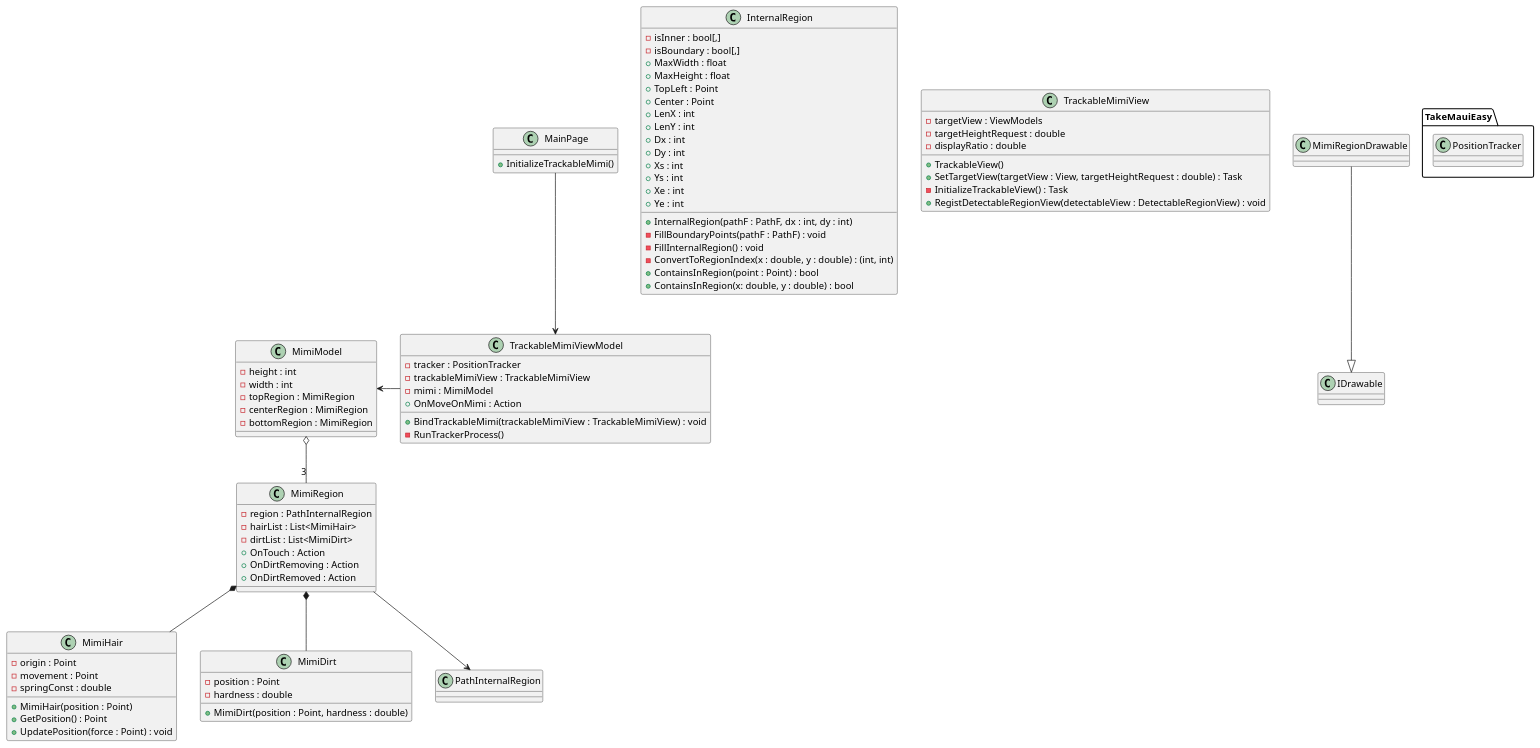
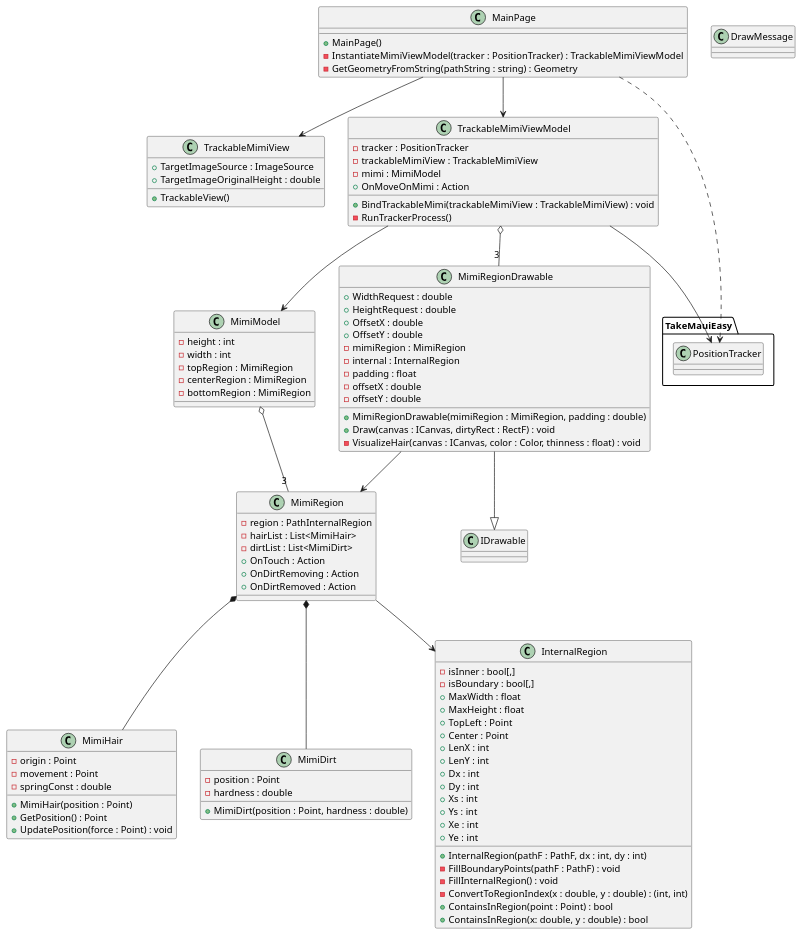
The diagram in uml/MimikakiApp.puml (tatsuya19871219/MauiMimikakiApp), drawn with PlantUML before and after one commit. The commit also changed 5 other files, not shown here.

Commit message:
Change accesibility of the internal region instance of MimiRegion class

```diff
--- a/uml/MimikakiApp.puml
+++ b/uml/MimikakiApp.puml
@@ -1,137 +1,157 @@
 @startuml MimikakiClassDiagram
 ' Models
 class MimiModel
 {
     - height : int
     - width : int
     - topRegion : MimiRegion
     - centerRegion : MimiRegion
     - bottomRegion : MimiRegion
 }
 
 class MimiRegion
 {
     - region : PathInternalRegion
     - hairList : List<MimiHair>
     - dirtList : List<MimiDirt>
     + OnTouch : Action
     + OnDirtRemoving : Action
     + OnDirtRemoved : Action
 }
 
 class MimiHair
 {
     - origin : Point
     - movement : Point
     - springConst : double
     + MimiHair(position : Point)
     + GetPosition() : Point
     + UpdatePosition(force : Point) : void
 }
 
 class MimiDirt
 {
     - position : Point
     - hardness : double
     + MimiDirt(position : Point, hardness : double)
 }
 
 class InternalRegion
 {
     '- dict : Dictionary<string, bool[,]>
     '+ this[string] : bool[,]
     - isInner : bool[,]
     - isBoundary : bool[,]
     + MaxWidth : float
     + MaxHeight : float
     + TopLeft : Point
     + Center : Point
     + LenX : int
     + LenY : int
     + Dx : int
     + Dy : int
     + Xs : int
     + Ys : int
     + Xe : int
     + Ye : int
     + InternalRegion(pathF : PathF, dx : int, dy : int)
     - FillBoundaryPoints(pathF : PathF) : void
     - FillInternalRegion() : void
     - ConvertToRegionIndex(x : double, y : double) : (int, int)
     + ContainsInRegion(point : Point) : bool
     + ContainsInRegion(x: double, y : double) : bool
 }
 
 ' Views
 class TrackableMimiView
 {
-    - targetView : ViewModels
-    - targetHeightRequest : double
-    - displayRatio : double
+    ' - targetView : ViewModels
+    + TargetImageSource : ImageSource
+    + TargetImageOriginalHeight : double
+    ' - displayRatio : double
     + TrackableView()
-    + SetTargetView(targetView : View, targetHeightRequest : double) : Task
-    - InitializeTrackableView() : Task
-    + RegistDetectableRegionView(detectableView : DetectableRegionView) : void
+    ' + SetTargetView(targetView : View, targetHeightRequest : double) : Task
+    ' - InitializeTrackableView() : Task
+    ' + RegistDetectableRegionView(detectableView : DetectableRegionView) : void
 }
 
 ' class MimiRegionView
 ' {
 '     - regionDots : Shape[,]
 '     + DetectableRegionView(...)
 '     + ShowFlaggedRegion(region : PathInternalRegion, flags : bool[,], color : Color) : void
 ' }
 
 ' ViewModels
 class TrackableMimiViewModel
 {
     - tracker : PositionTracker
     - trackableMimiView : TrackableMimiView
     - mimi : MimiModel
     + OnMoveOnMimi : Action
     + BindTrackableMimi(trackableMimiView : TrackableMimiView) : void
     - RunTrackerProcess()
 }
 
 ' class MimiRegionViewModel
 ' {
 '     - regionView : MimiRegionView
 '     - region : MimiRegion
 '     + MimiRegionViewModel(geometry : Geometry)
 ' }
 
 ' Drawable
 class MimiRegionDrawable
 {
+    + WidthRequest : double
+    + HeightRequest : double
+    + OffsetX : double
+    + OffsetY : double
+    - mimiRegion : MimiRegion
+    - internal : InternalRegion
+    - padding : float
+    - offsetX : double
+    - offsetY : double
+    + MimiRegionDrawable(mimiRegion : MimiRegion, padding : double)
+    + Draw(canvas : ICanvas, dirtyRect : RectF) : void
+    - VisualizeHair(canvas : ICanvas, color : Color, thinness : float) : void
+}
 
+' Message
+class DrawMessage
+{
+    
 }
 
 ' Page
 class MainPage
 {
-    + InitializeTrackableMimi()
+    + MainPage()
+    - InstantiateMimiViewModel(tracker : PositionTracker) : TrackableMimiViewModel
+    - GetGeometryFromString(pathString : string) : Geometry
 }
 
 ' Library
 package TakeMauiEasy
 {
     class PositionTracker
 }
 
 ' 
 MimiModel o-- "3" MimiRegion
-MimiRegion --> PathInternalRegion
+MimiRegion --> InternalRegion
 MimiRegion *-- MimiHair
 MimiRegion *-- MimiDirt
-'TrackableMimiView *-- MimiRegionView
-'TrackableMimiViewModel -right-> TrackableMimiView
-TrackableMimiViewModel -left-> MimiModel
+'
+TrackableMimiViewModel --> PositionTracker
+TrackableMimiViewModel --> MimiModel
+TrackableMimiViewModel o-- "3" MimiRegionDrawable
+
 MainPage --> TrackableMimiViewModel
+MainPage ..> PositionTracker
+MainPage --> TrackableMimiView
 
-'TrackableMimiViewModel --> PositionTracker
-
-'TrackableMimiViewModel o-- "3" MimiRegionViewModel
-'MimiRegionViewModel --> MimiRegionView
-'MimiRegionView --> MimiRegionDrawable
 MimiRegionDrawable --|> IDrawable
+MimiRegionDrawable --> MimiRegion
 
 @enduml
```
